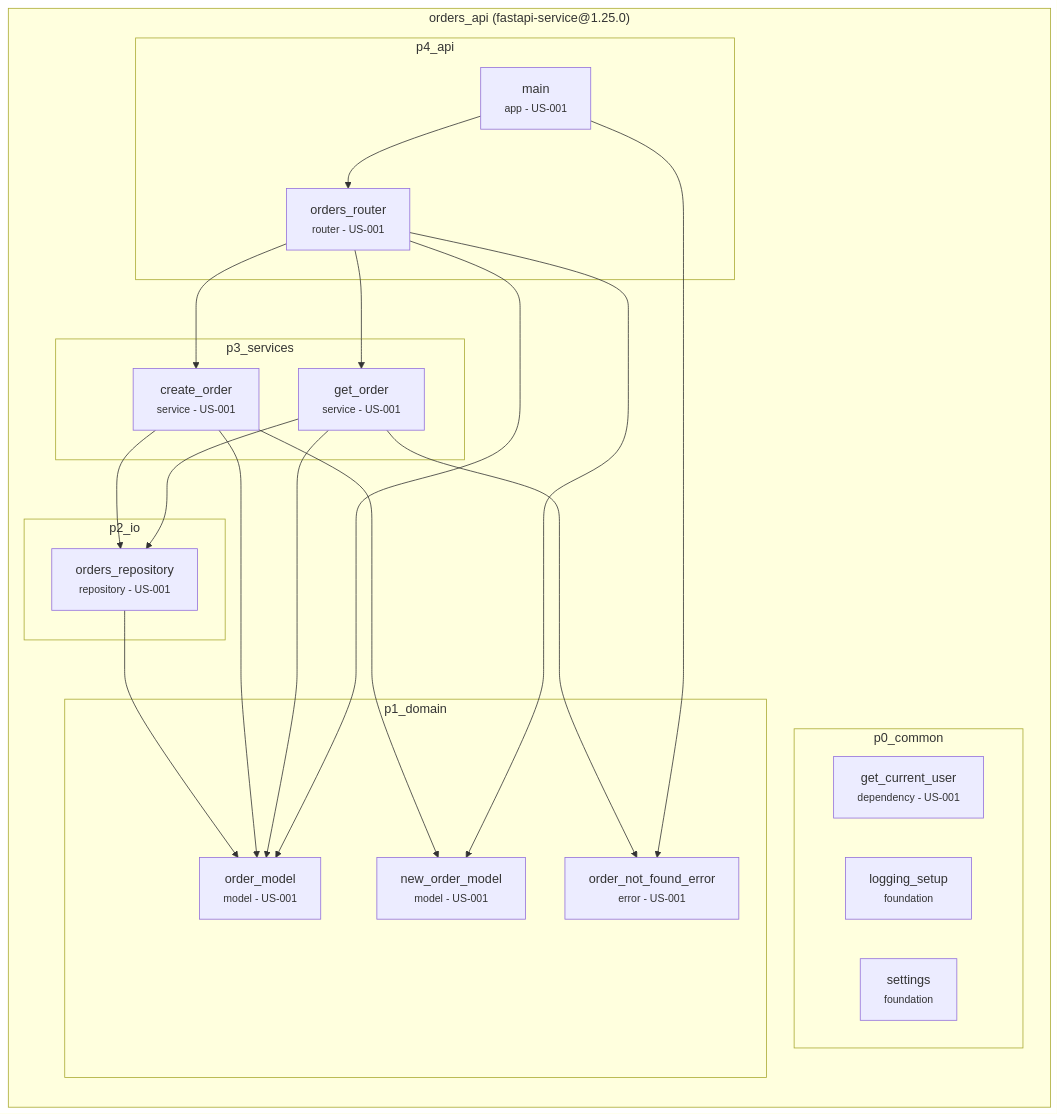
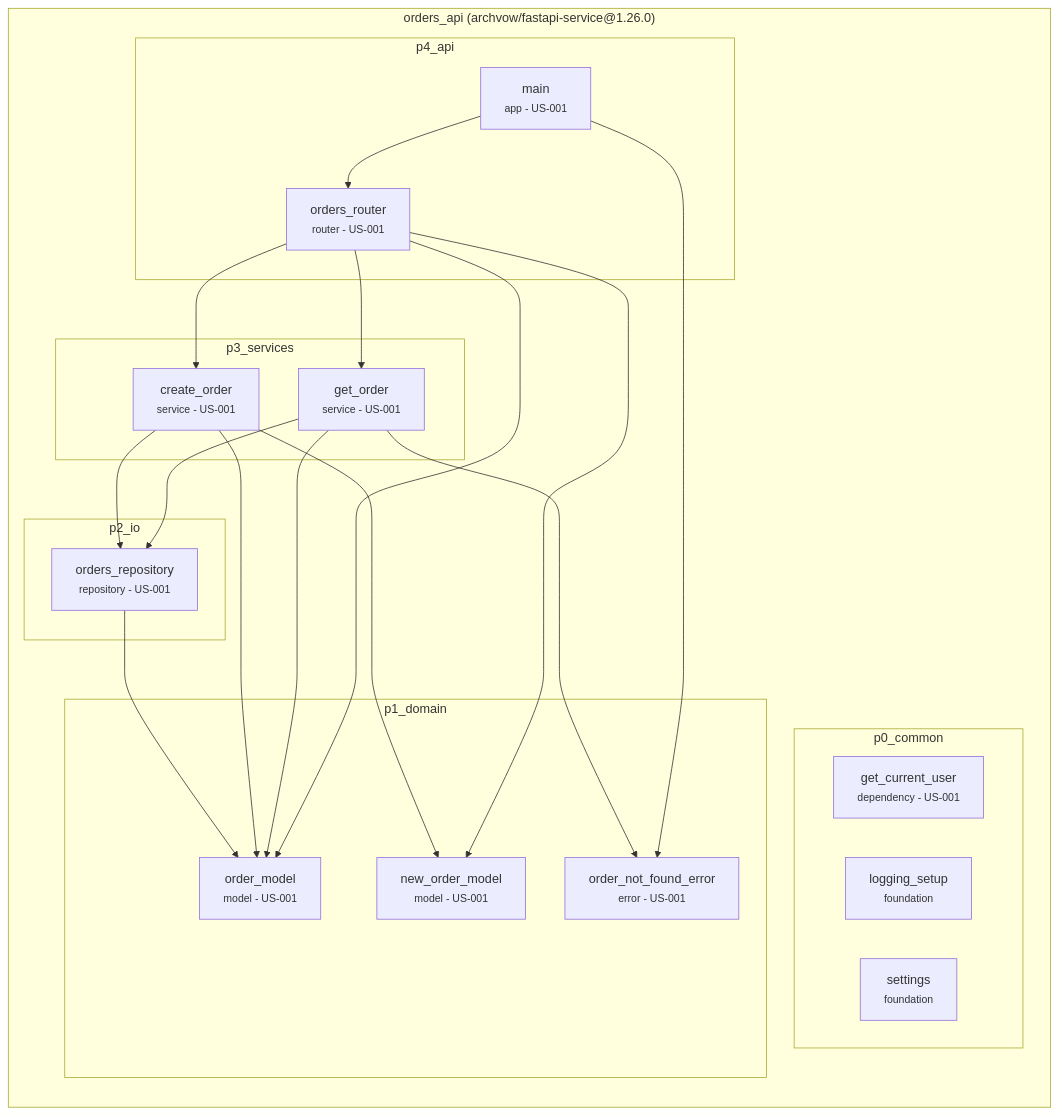
One commit to archvow/archvow-plugin changed the diagram in contract/archvow/examples/fastapi-service/.archvow/spec.md. Above: the diagram before and after it, drawn with Mermaid. The commit also changed other lines of this file and 163 other files, not shown here.

````diff
--- a/contract/archvow/examples/fastapi-service/.archvow/spec.md
+++ b/contract/archvow/examples/fastapi-service/.archvow/spec.md
@@ -11,41 +11,41 @@
 ```mermaid
 flowchart TB
-  subgraph orders_api["orders_api (fastapi-service@1.25.0)"]
+  subgraph orders_api["orders_api (archvow/fastapi-service@1.26.0)"]
     direction TB
     subgraph orders_api__p0_common["p0_common"]
       orders_api__get_current_user["get_current_user<br/><small>dependency - US-001</small>"]
       orders_api__logging_setup["logging_setup<br/><small>foundation</small>"]
       orders_api__settings["settings<br/><small>foundation</small>"]
     end
     subgraph orders_api__p1_domain["p1_domain"]
       orders_api__new_order_model["new_order_model<br/><small>model - US-001</small>"]
       orders_api__order_model["order_model<br/><small>model - US-001</small>"]
       orders_api__order_not_found_error["order_not_found_error<br/><small>error - US-001</small>"]
     end
     subgraph orders_api__p2_io["p2_io"]
       orders_api__orders_repository["orders_repository<br/><small>repository - US-001</small>"]
     end
     subgraph orders_api__p3_services["p3_services"]
       orders_api__create_order["create_order<br/><small>service - US-001</small>"]
       orders_api__get_order["get_order<br/><small>service - US-001</small>"]
     end
     subgraph orders_api__p4_api["p4_api"]
       orders_api__main["main<br/><small>app - US-001</small>"]
       orders_api__orders_router["orders_router<br/><small>router - US-001</small>"]
     end
   end
   orders_api__orders_repository --> orders_api__order_model
   orders_api__create_order --> orders_api__order_model
   orders_api__create_order --> orders_api__new_order_model
   orders_api__create_order --> orders_api__orders_repository
   orders_api__get_order --> orders_api__order_model
   orders_api__get_order --> orders_api__order_not_found_error
   orders_api__get_order --> orders_api__orders_repository
   orders_api__main --> orders_api__orders_router
   orders_api__main --> orders_api__order_not_found_error
   orders_api__orders_router --> orders_api__create_order
   orders_api__orders_router --> orders_api__get_order
   orders_api__orders_router --> orders_api__order_model
   orders_api__orders_router --> orders_api__new_order_model
   classDef empty fill:none,stroke:none
 ```
````
